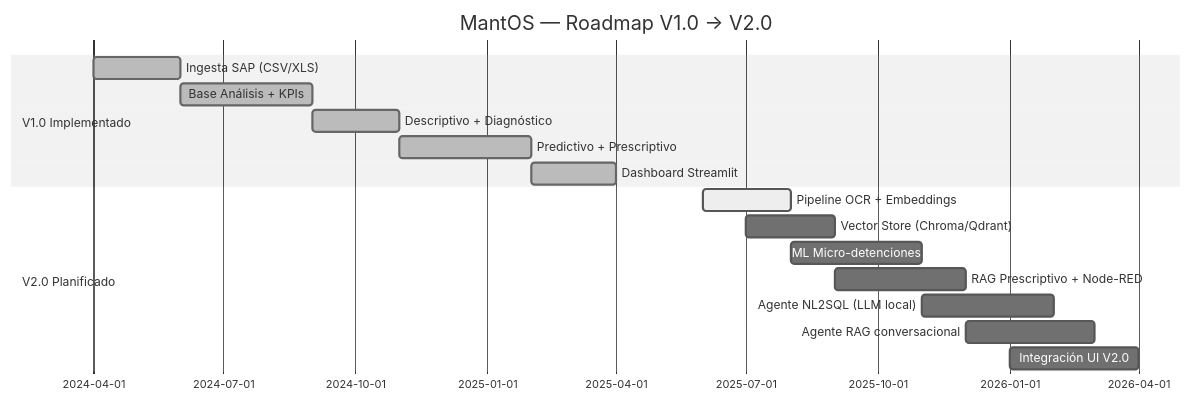
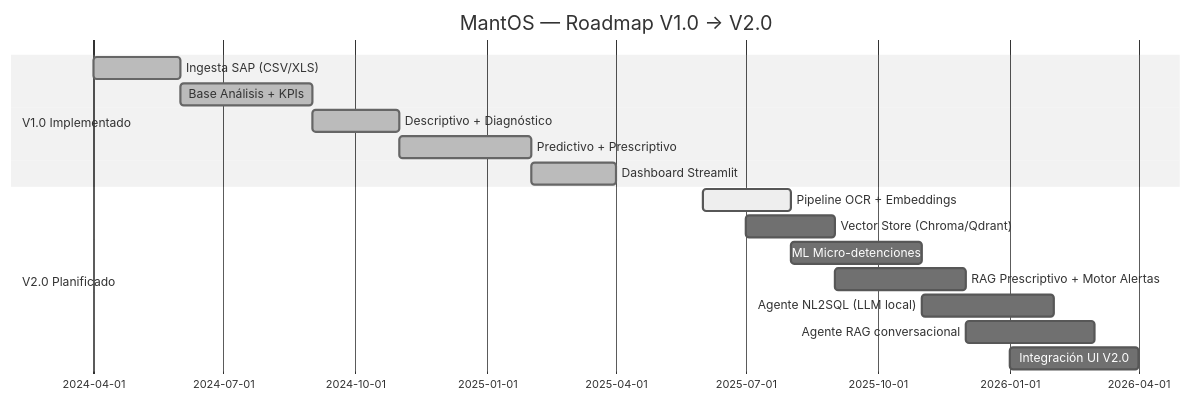
One commit to gabo2505051/MantOS changed the seventh of 7 diagrams in docs/arquitectura_mantos_v2.md. Above: the diagram before and after it, drawn with Mermaid (neutral theme). The commit also changed other lines of this file and 1 other file, not shown here.

Commit message:
docs: eliminar y omitir integracion con Node-RED en arquitectura v2.0 y pdr

````diff
--- a/docs/arquitectura_mantos_v2.md
+++ b/docs/arquitectura_mantos_v2.md
@@ -501,20 +500,20 @@
 ```mermaid
 gantt
     title MantOS — Roadmap V1.0 → V2.0
     dateFormat  YYYY-MM
     section V1.0 Implementado
     Ingesta SAP (CSV/XLS)         :done, 2024-04, 2024-06
     Base Análisis + KPIs          :done, 2024-06, 2024-09
     Descriptivo + Diagnóstico     :done, 2024-09, 2024-11
     Predictivo + Prescriptivo     :done, 2024-11, 2025-02
     Dashboard Streamlit           :done, 2025-02, 2025-04
 
     section V2.0 Planificado
     Pipeline OCR + Embeddings     :active, 2025-06, 2025-08
     Vector Store (Chroma/Qdrant)  :2025-07, 2025-09
     ML Micro-detenciones          :2025-08, 2025-11
-    RAG Prescriptivo + Node-RED   :2025-09, 2025-12
+    RAG Prescriptivo + Motor Alertas  :2025-09, 2025-12
     Agente NL2SQL (LLM local)     :2025-11, 2026-02
     Agente RAG conversacional     :2025-12, 2026-03
     Integración UI V2.0           :2026-01, 2026-04
 ```
````
